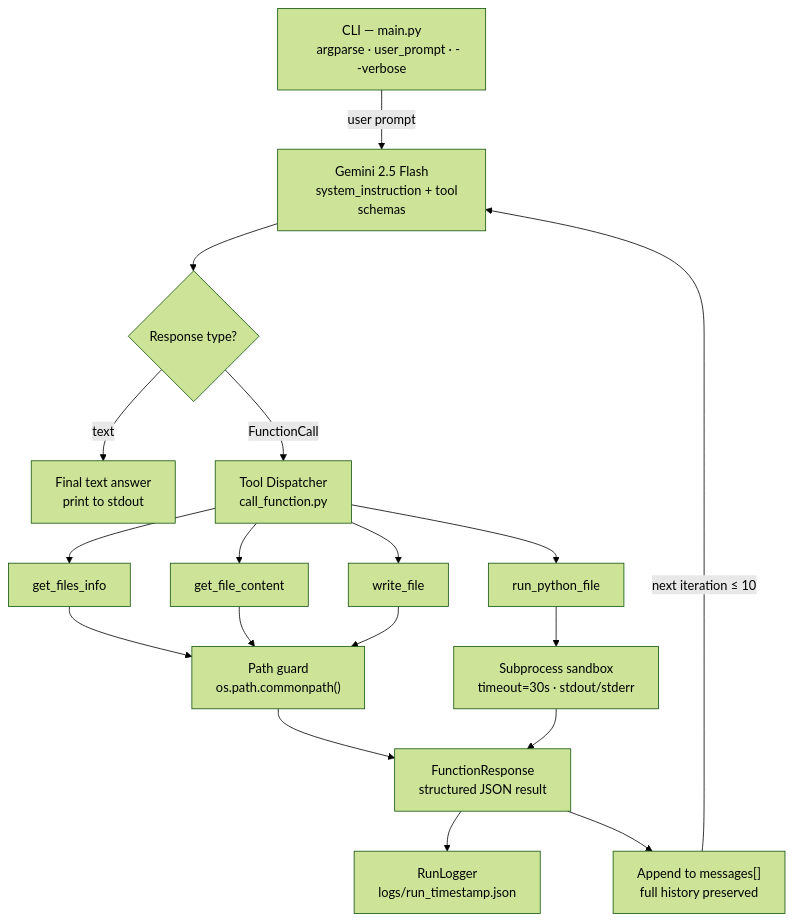
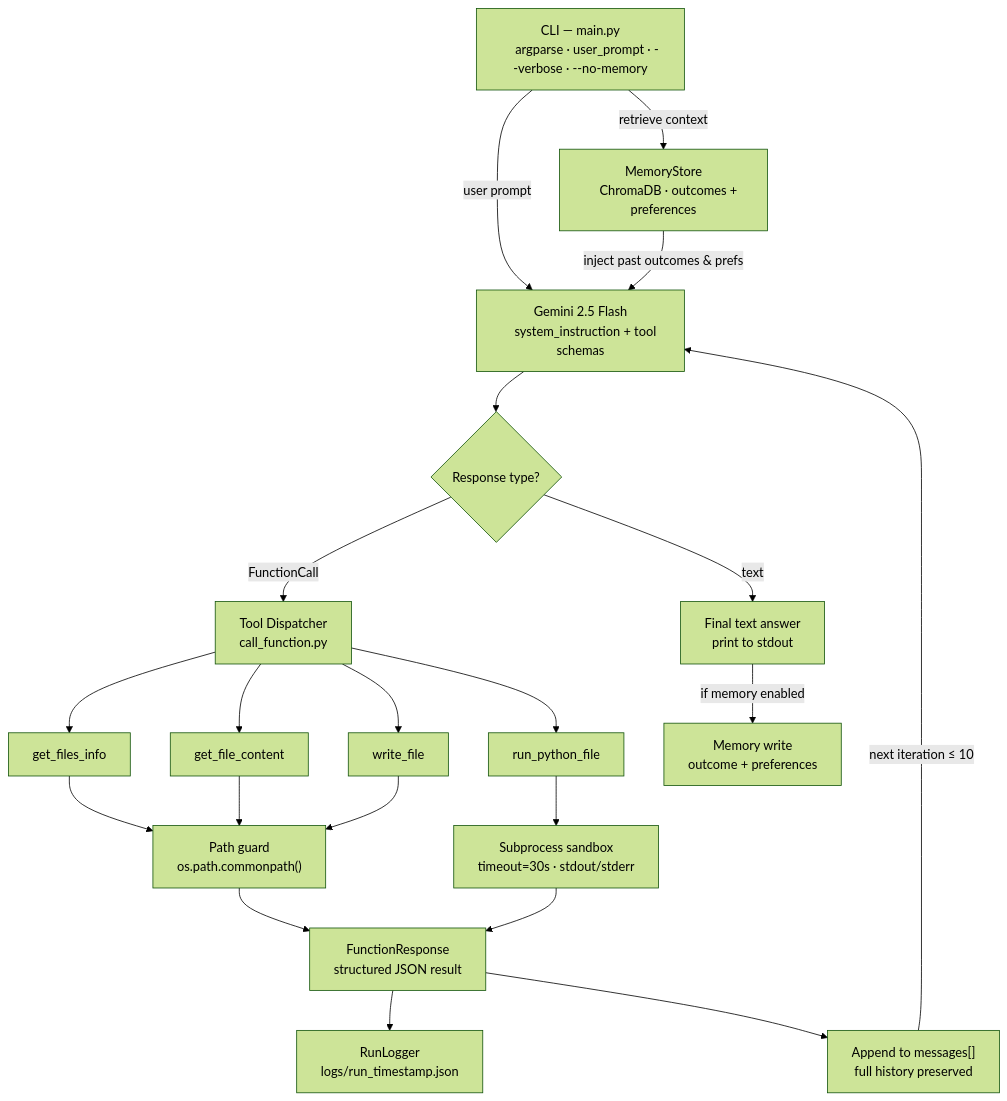
Before and after one commit to Xyveran/CLI-Agent: the first of 2 diagrams in README.md, drawn with Mermaid (forest theme). The commit also changed other lines of this file, not shown here.

First line of the commit message:
Update README.md for vector store merge

````diff
--- a/README.md
+++ b/README.md
@@ -31,48 +31,57 @@
 ```mermaid
 flowchart TD
     A["CLI — main.py
-    argparse · user_prompt · --verbose"]
+    argparse · user_prompt · --verbose · --no-memory"]
+
+    M["MemoryStore
+    ChromaDB · outcomes + preferences"]
 
     B["Gemini 2.5 Flash
     system_instruction + tool schemas"]
 
     C{"Response type?"}
 
     D["Final text answer
     print to stdout"]
 
     E["Tool Dispatcher
     call_function.py"]
 
     F1["get_files_info"]
     F2["get_file_content"]
     F3["run_python_file"]
     F4["write_file"]
 
     G["Path guard
     os.path.commonpath()"]
 
     H["Subprocess sandbox
     timeout=30s · stdout/stderr"]
 
     I["FunctionResponse
     structured JSON result"]
 
     J["RunLogger
     logs/run_timestamp.json"]
 
     K["Append to messages[]
     full history preserved"]
 
+    N["Memory write
+    outcome + preferences"]
+
     A -->|"user prompt"| B
+    A -->|"retrieve context"| M
+    M -->|"inject past outcomes & prefs"| B
     B --> C
     C -->|"text"| D
     C -->|"FunctionCall"| E
+    D -->|"if memory enabled"| N
     E --> F1 & F2 & F3 & F4
     F1 & F2 & F4 --> G
     F3 --> H
     G & H --> I
     I --> J
     I --> K
     K -->|"next iteration ≤ 10"| B
 ```
````
